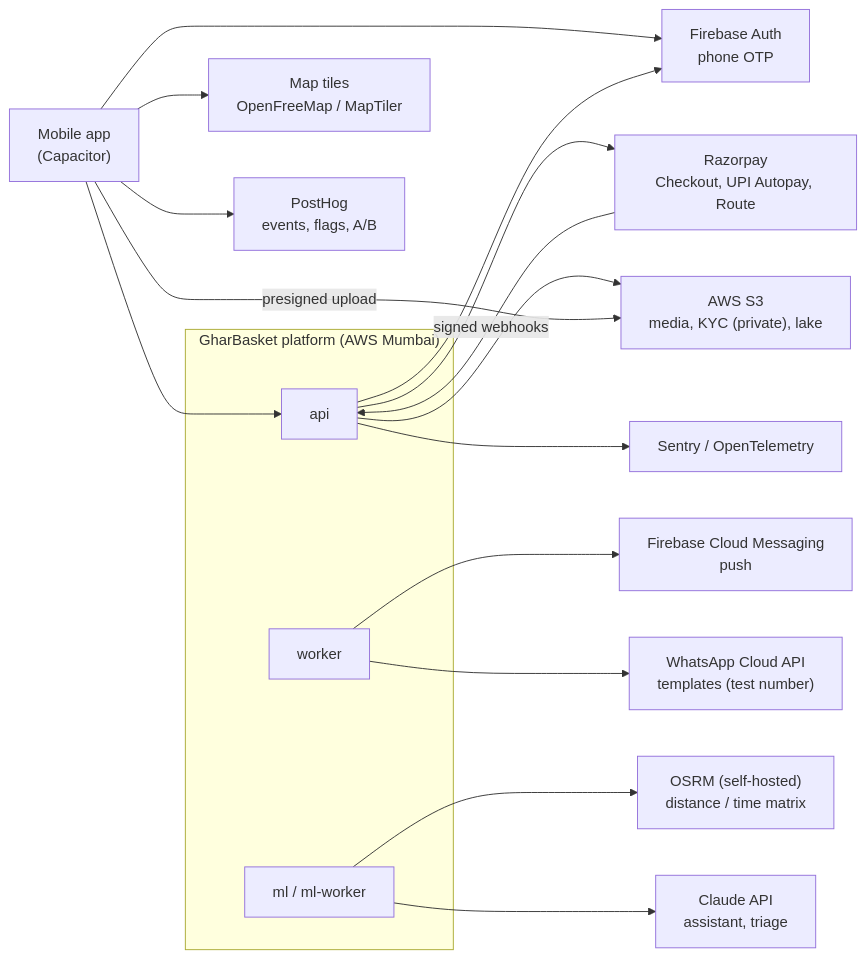
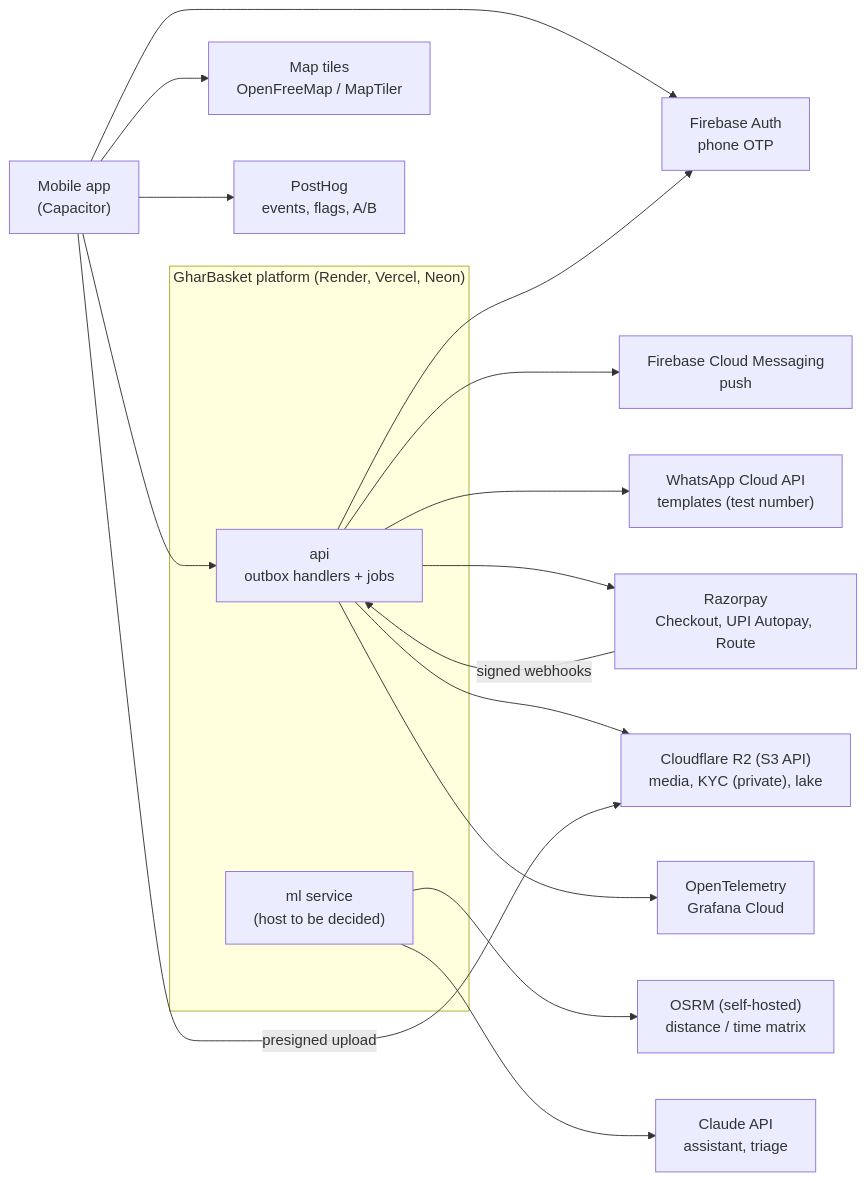
Before and after one commit to prelekar7/GharBasket: the third of 3 diagrams in docs/handbook/10-api-and-integration.md, drawn with Mermaid. The commit also changed other lines of this file and 58 other files, not shown here.

````diff
--- a/docs/handbook/10-api-and-integration.md
+++ b/docs/handbook/10-api-and-integration.md
@@ -146,22 +157,21 @@
 ```mermaid
 flowchart LR
-    subgraph GB["GharBasket platform (AWS Mumbai)"]
-        API["api"]
-        WK["worker"]
-        ML["ml / ml-worker"]
+    subgraph GB["GharBasket platform (Render, Vercel, Neon)"]
+        API["api<br/>outbox handlers + jobs"]
+        ML["ml service<br/>(host to be decided)"]
     end
     MOB["Mobile app<br/>(Capacitor)"] --> FBA["Firebase Auth<br/>phone OTP"]
     MOB --> API
     API --> FBA
-    WK --> FCM["Firebase Cloud Messaging<br/>push"]
-    WK --> WA["WhatsApp Cloud API<br/>templates (test number)"]
+    API --> FCM["Firebase Cloud Messaging<br/>push"]
+    API --> WA["WhatsApp Cloud API<br/>templates (test number)"]
     API --> RZ["Razorpay<br/>Checkout, UPI Autopay, Route"]
     RZ -->|"signed webhooks"| API
     ML --> OSRM["OSRM (self-hosted)<br/>distance / time matrix"]
     MOB --> TILES["Map tiles<br/>OpenFreeMap / MapTiler"]
-    API --> S3["AWS S3<br/>media, KYC (private), lake"]
+    API --> S3["Cloudflare R2 (S3 API)<br/>media, KYC (private), lake"]
     MOB -->|"presigned upload"| S3
     ML --> CL["Claude API<br/>assistant, triage"]
-    API --> SEN["Sentry / OpenTelemetry"]
+    API --> OTEL["OpenTelemetry<br/>Grafana Cloud"]
     MOB --> PH["PostHog<br/>events, flags, A/B"]
 ```
````
